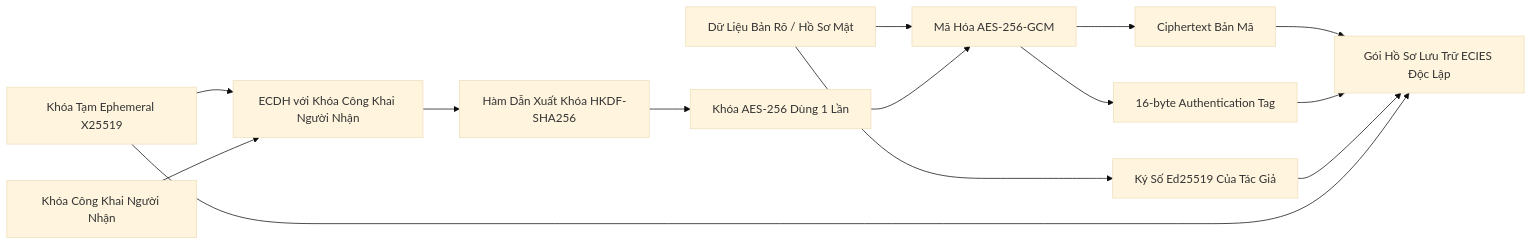
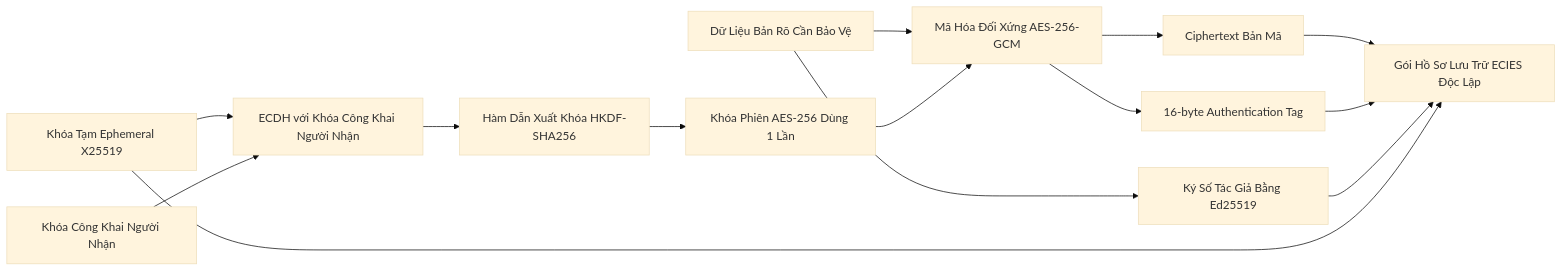
One commit to bangmanhbac-max/VNU-IS_ECC changed the third of 6 diagrams in README.md. Above: the diagram before and after it, drawn with Mermaid (base theme). The commit also changed other lines of this file, not shown here.

Commit message:
docs: elevate README to publication-grade with full mathematical foundations, comprehensive diagrams, and deployment guide

````diff
--- a/README.md
+++ b/README.md
@@ -159,16 +241,16 @@
 ```mermaid
 flowchart LR
-    PlainText[Dữ Liệu Bản Rõ / Hồ Sơ Mật] --> AESEnc[Mã Hóa AES-256-GCM]
-    PlainText --> AuthorSign[Ký Số Ed25519 Của Tác Giả]
+    PlainText[Dữ Liệu Bản Rõ Cần Bảo Vệ] --> AESEnc[Mã Hóa Đối Xứng AES-256-GCM]
+    PlainText --> AuthorSign[Ký Số Tác Giả Bằng Ed25519]
     
     EphKey[Khóa Tạm Ephemeral X25519] --> ECDH[ECDH với Khóa Công Khai Người Nhận]
     RecipPub[Khóa Công Khai Người Nhận] --> ECDH
     ECDH --> HKDF[Hàm Dẫn Xuất Khóa HKDF-SHA256]
-    HKDF --> AESKey[Khóa AES-256 Dùng 1 Lần]
+    HKDF --> AESKey[Khóa Phiên AES-256 Dùng 1 Lần]
     AESKey --> AESEnc
 
     AESEnc --> CipherText[Ciphertext Bản Mã]
     AESEnc --> AuthTag[16-byte Authentication Tag]
 
     CipherText & AuthTag & AuthorSign & EphKey --> EncryptedPackage[Gói Hồ Sơ Lưu Trữ ECIES Độc Lập]
 ```
````
